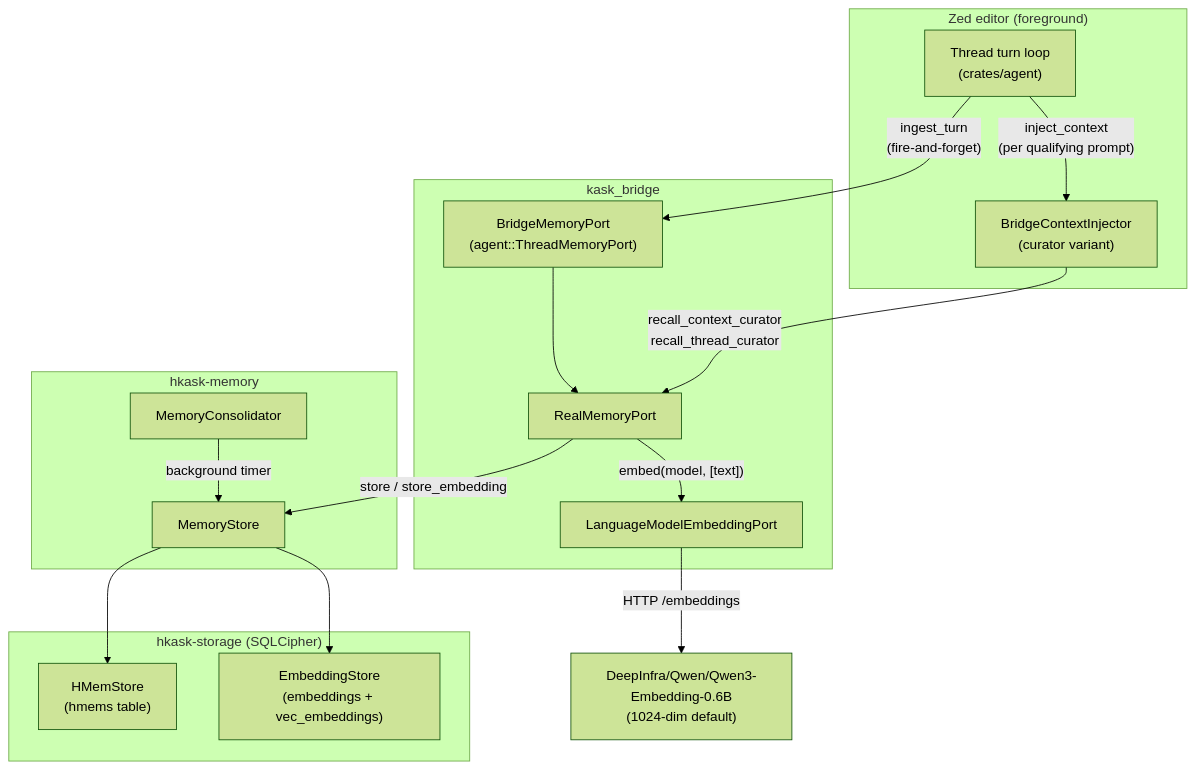
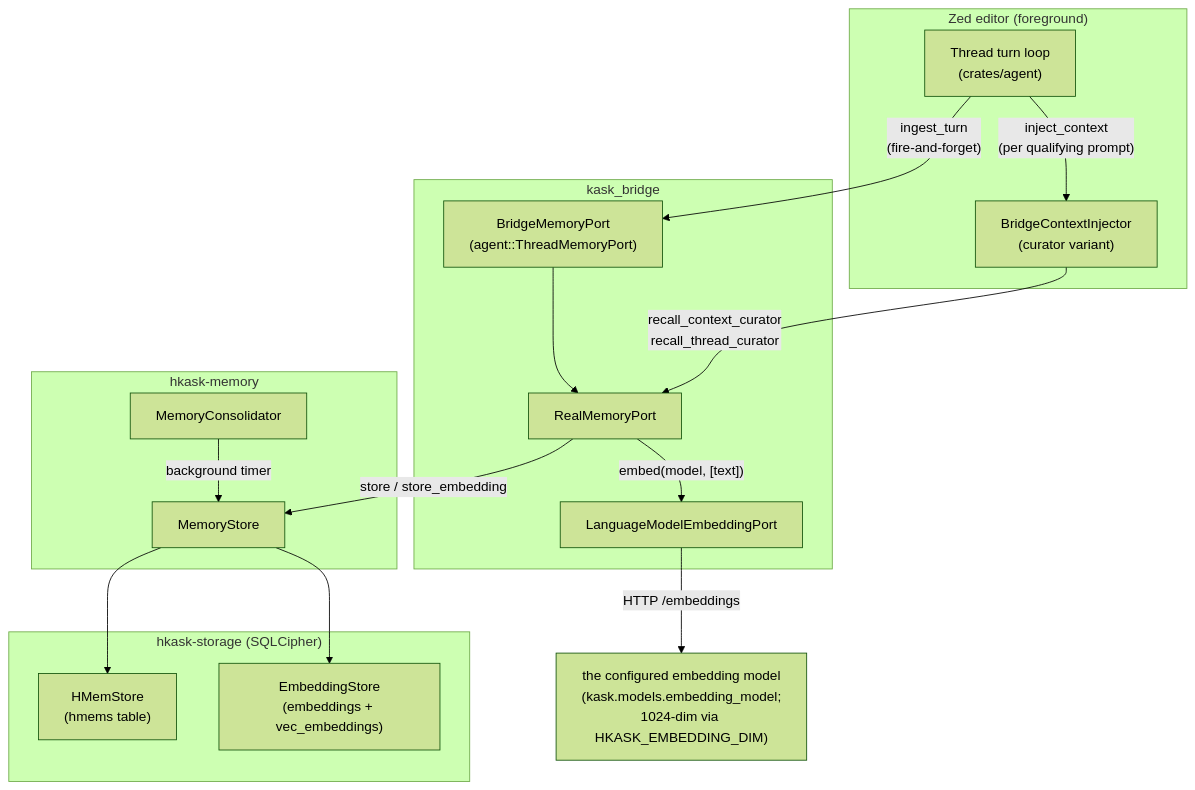
Before and after one commit to mdz-axo/zed-kask: the first of 6 diagrams in kask/docs/architecture/memory-system-specification.md, drawn with Mermaid (forest theme). The commit also changed other lines of this file and 22 other files, not shown here.

````diff
--- a/kask/docs/architecture/memory-system-specification.md
+++ b/kask/docs/architecture/memory-system-specification.md
@@ -73,31 +96,31 @@
 ```mermaid
 flowchart TD
     subgraph Zed["Zed editor (foreground)"]
         Thread["Thread turn loop<br/>(crates/agent)"]
         Injector["BridgeContextInjector<br/>(curator variant)"]
     end
     subgraph Bridge["kask_bridge"]
         BridgePort["BridgeMemoryPort<br/>(agent::ThreadMemoryPort)"]
         RealPort["RealMemoryPort"]
         EmbedPort["LanguageModelEmbeddingPort"]
     end
     subgraph Memory["hkask-memory"]
         MemStore["MemoryStore"]
         Consolidator["MemoryConsolidator"]
     end
     subgraph Storage["hkask-storage (SQLCipher)"]
         HMemStore["HMemStore<br/>(hmems table)"]
         EmbedStore["EmbeddingStore<br/>(embeddings + vec_embeddings)"]
     end
 
     Thread -->|"ingest_turn<br/>(fire-and-forget)"| BridgePort
     BridgePort --> RealPort
     Thread -->|"inject_context<br/>(per qualifying prompt)"| Injector
     Injector -->|"recall_context_curator<br/>recall_thread_curator"| RealPort
     RealPort -->|"store / store_embedding"| MemStore
     RealPort -->|"embed(model, [text])"| EmbedPort
-    EmbedPort -->|"HTTP /embeddings"| Provider["DeepInfra/Qwen/Qwen3-Embedding-0.6B<br/>(1024-dim default)"]
+    EmbedPort -->|"HTTP /embeddings"| Provider["the configured embedding model<br/>(kask.models.embedding_model;<br/>1024-dim via HKASK_EMBEDDING_DIM)"]
     MemStore --> HMemStore
     MemStore --> EmbedStore
     Consolidator -->|"background timer"| MemStore
 ```
````
